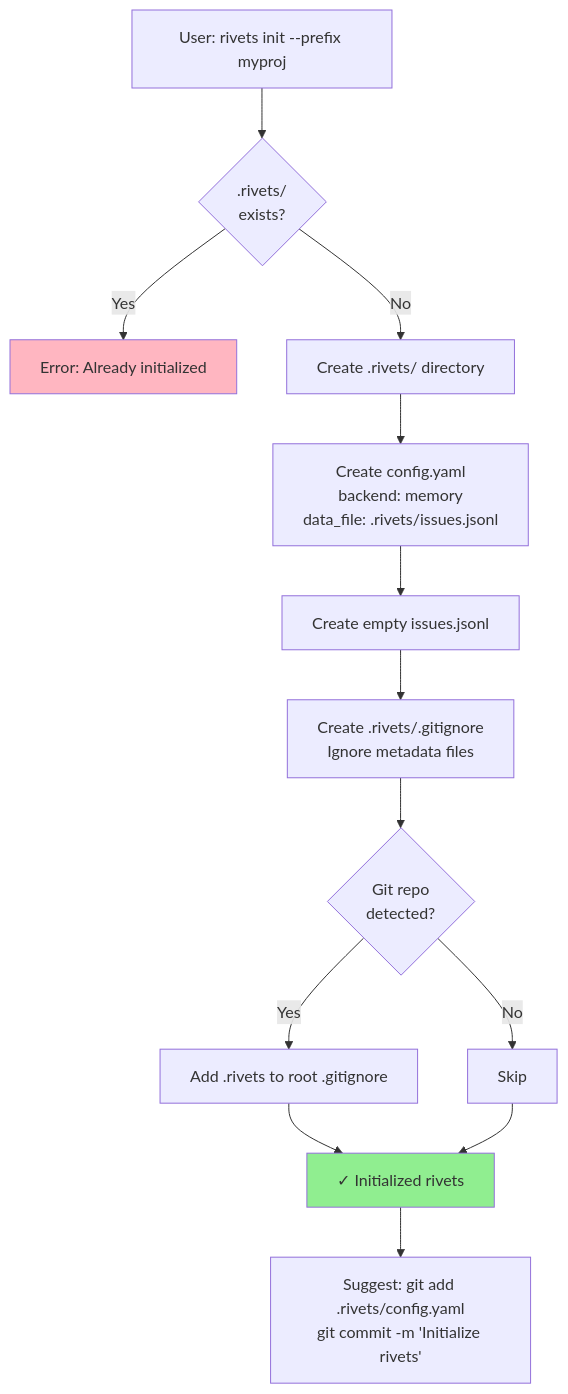
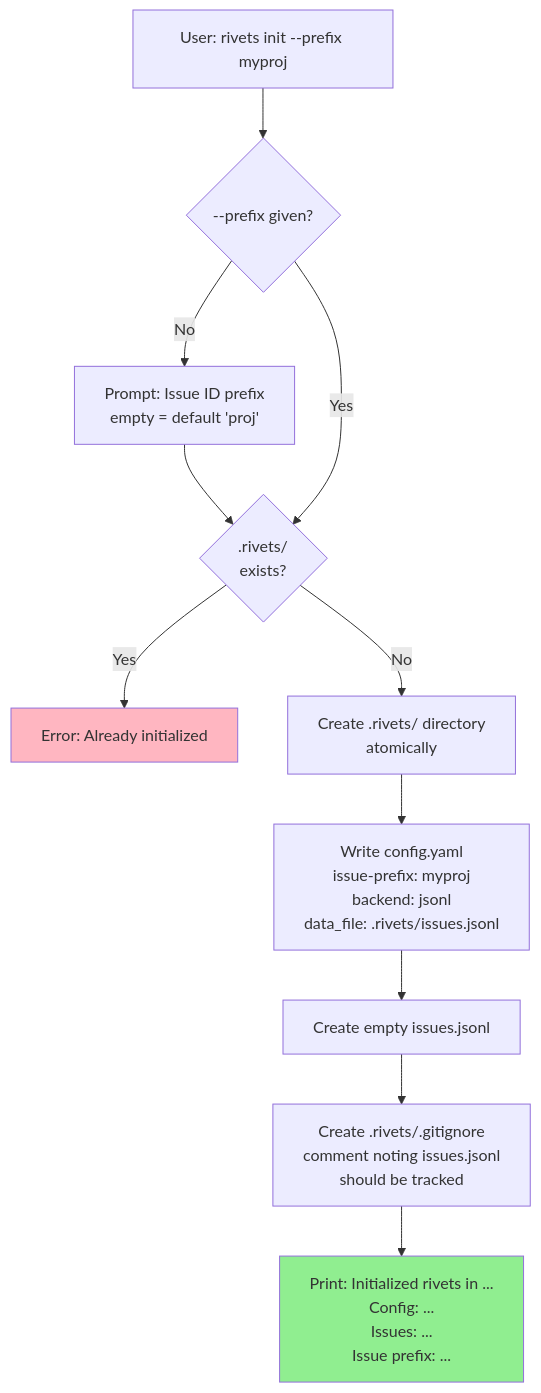
Before and after one commit to dwalleck/rivets: the third of 13 diagrams in docs/data-flow.md, drawn with Mermaid. The commit also changed other lines of this file and 4 other files, not shown here.

````diff
--- a/docs/data-flow.md
+++ b/docs/data-flow.md
@@ -72,22 +107,18 @@
 ```mermaid
 flowchart TD
-    Start[User: rivets init --prefix myproj] --> CheckExists{.rivets/<br/>exists?}
+    Start[User: rivets init --prefix myproj] --> Prefix{--prefix given?}
+    Prefix -->|No| Prompt[Prompt: Issue ID prefix<br/>empty = default 'proj']
+    Prompt --> CheckExists
+    Prefix -->|Yes| CheckExists{.rivets/<br/>exists?}
     CheckExists -->|Yes| Error[Error: Already initialized]
-    CheckExists -->|No| CreateDir[Create .rivets/ directory]
+    CheckExists -->|No| CreateDir[Create .rivets/ directory<br/>atomically]
 
-    CreateDir --> CreateConfig[Create config.yaml<br/>backend: memory<br/>data_file: .rivets/issues.jsonl]
+    CreateDir --> CreateConfig[Write config.yaml<br/>issue-prefix: myproj<br/>backend: jsonl<br/>data_file: .rivets/issues.jsonl]
     CreateConfig --> CreateJSONL[Create empty issues.jsonl]
-    CreateJSONL --> CreateGitignore[Create .rivets/.gitignore<br/>Ignore metadata files]
+    CreateJSONL --> CreateGitignore[Create .rivets/.gitignore<br/>comment noting issues.jsonl<br/>should be tracked]
 
-    CreateGitignore --> CheckGit{Git repo<br/>detected?}
-    CheckGit -->|Yes| UpdateRootIgnore[Add .rivets to root .gitignore]
-    CheckGit -->|No| Skip
+    CreateGitignore --> Print[Print: Initialized rivets in ...<br/>Config: ...<br/>Issues: ...<br/>Issue prefix: ...]
 
-    UpdateRootIgnore --> Success[✓ Initialized rivets]
-    Skip --> Success
-
-    Success --> Suggest[Suggest: git add .rivets/config.yaml<br/>git commit -m 'Initialize rivets']
-
-    style Success fill:#90EE90
+    style Print fill:#90EE90
     style Error fill:#FFB6C1
 ```
````
